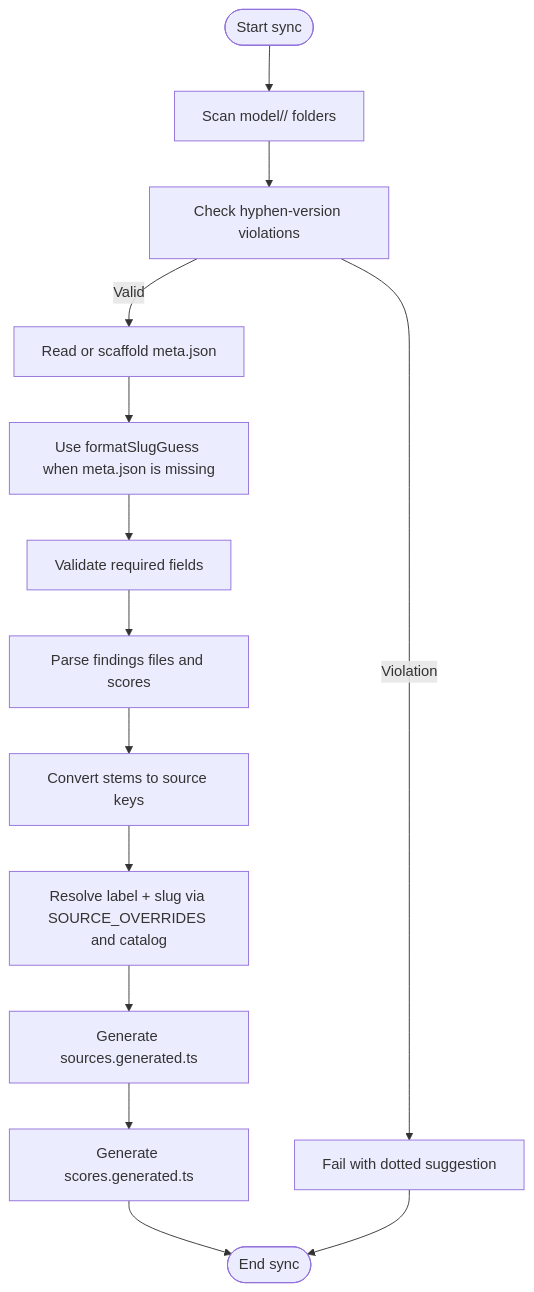
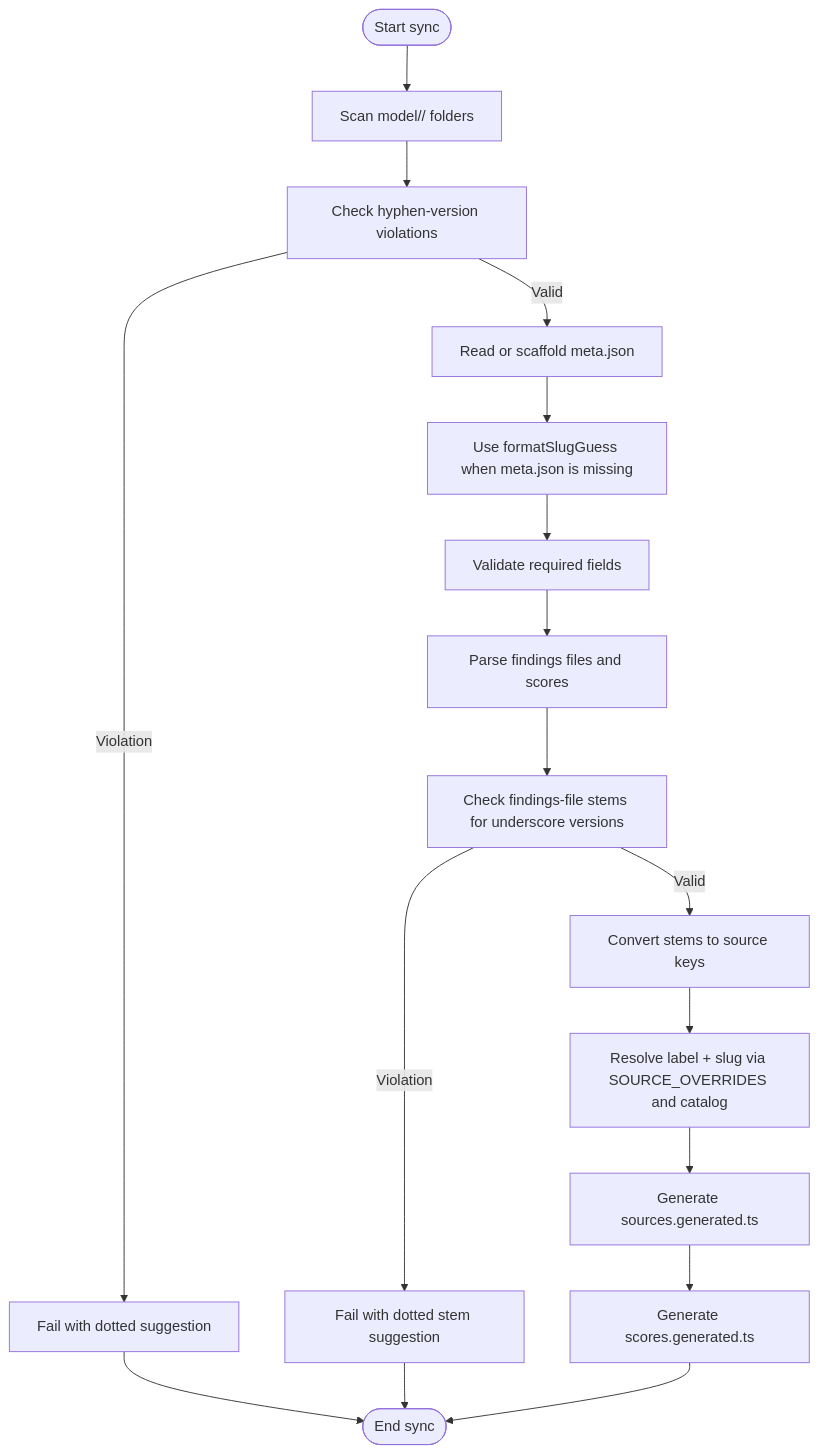
The second of 11 diagrams in .qoder/repowiki/en/content/Data Management System/Data Synchronization Pipeline/Naming Conventions & Utilities.md (delirium-dj/modelcomp), drawn with Mermaid before and after one commit. The commit also changed other lines of this file and 147 other files, not shown here.

````diff
--- a/.qoder/repowiki/en/content/Data Management System/Data Synchronization Pipeline/Naming Conventions & Utilities.md
+++ b/.qoder/repowiki/en/content/Data Management System/Data Synchronization Pipeline/Naming Conventions & Utilities.md
@@ -109,16 +116,19 @@
 ```mermaid
 flowchart TD
 Start(["Start sync"]) --> ScanFolders["Scan model/<slug>/ folders"]
 ScanFolders --> CheckHyphen["Check hyphen-version violations"]
 CheckHyphen --> |Violation| FailHyphen["Fail with dotted suggestion"]
 CheckHyphen --> |Valid| ReadMeta["Read or scaffold meta.json"]
 ReadMeta --> ScaffoldGuess["Use formatSlugGuess when meta.json is missing"]
 ScaffoldGuess --> ValidateMeta["Validate required fields"]
 ValidateMeta --> ParseFiles["Parse findings files and scores"]
-ParseFiles --> StemToKey["Convert stems to source keys"]
+ParseFiles --> CheckStems["Check findings-file stems for underscore versions"]
+CheckStems --> |Violation| FailStem["Fail with dotted stem suggestion"]
+CheckStems --> |Valid| StemToKey["Convert stems to source keys"]
 StemToKey --> ResolveMeta["Resolve label + slug via SOURCE_OVERRIDES and catalog"]
 ResolveMeta --> GenerateSources["Generate sources.generated.ts"]
 GenerateSources --> GenerateScores["Generate scores.generated.ts"]
 GenerateScores --> End(["End sync"])
 FailHyphen --> End
+FailStem --> End
 ```
````
